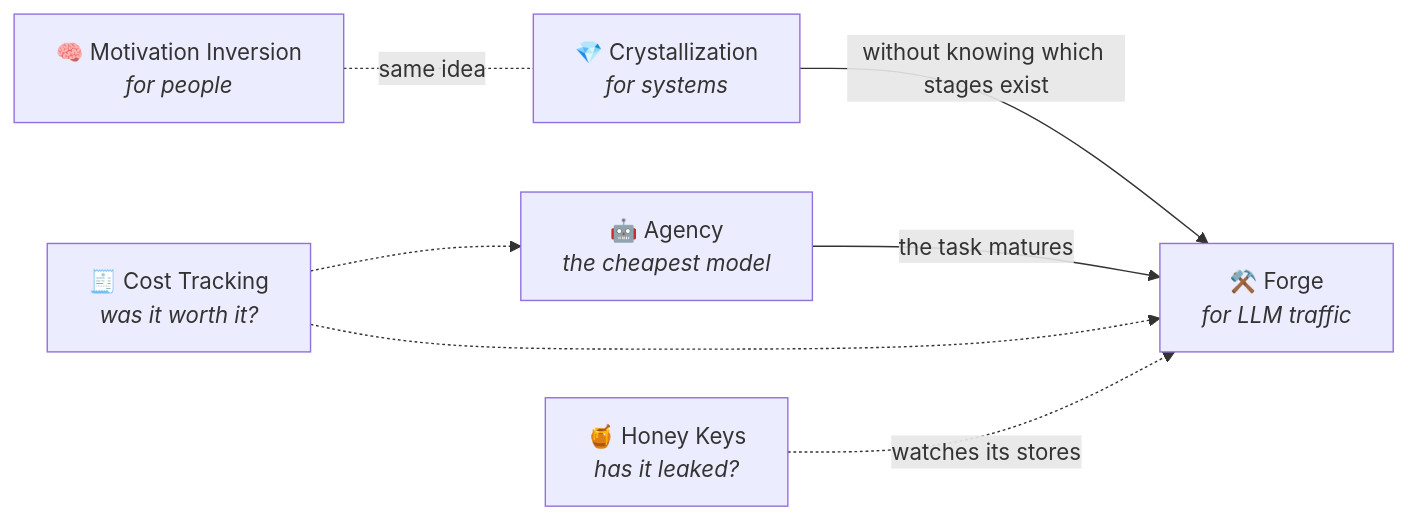
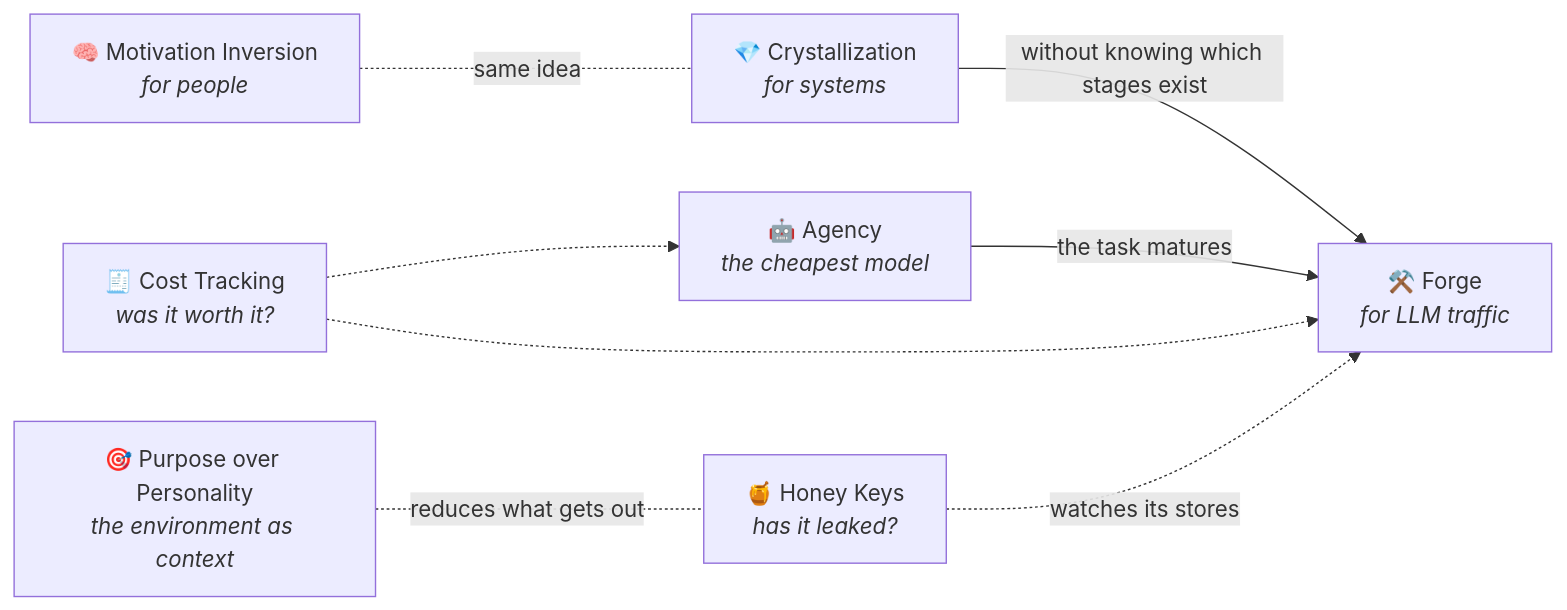
One commit to AbstractBike/SilvioMaciasSanchez changed the diagram in README.md. Above: the diagram before and after it, drawn with Mermaid. The commit also changed other lines of this file and 1 other file, not shown here.

First line of the commit message:
Purpose over Personality pattern

````diff
--- a/README.md
+++ b/README.md
@@ -24,9 +25,10 @@
 ```mermaid
 flowchart LR
     IM["🧠 Motivation Inversion<br/><i>for people</i>"] -. "same idea" .- CR["💎 Crystallization<br/><i>for systems</i>"]
     CR -->|"without knowing which stages exist"| FO["⚒️ Forge<br/><i>for LLM traffic</i>"]
     AG["🤖 Agency<br/><i>the cheapest model</i>"] -->|"the task matures"| FO
     SC["🧾 Cost Tracking<br/><i>was it worth it?</i>"] -.-> AG
     SC -.-> FO
     LM["🍯 Honey Keys<br/><i>has it leaked?</i>"] -. "watches its stores" .-> FO
+    PP["🎯 Purpose over Personality<br/><i>the environment as context</i>"] -. "reduces what gets out" .- LM
 ```
````
